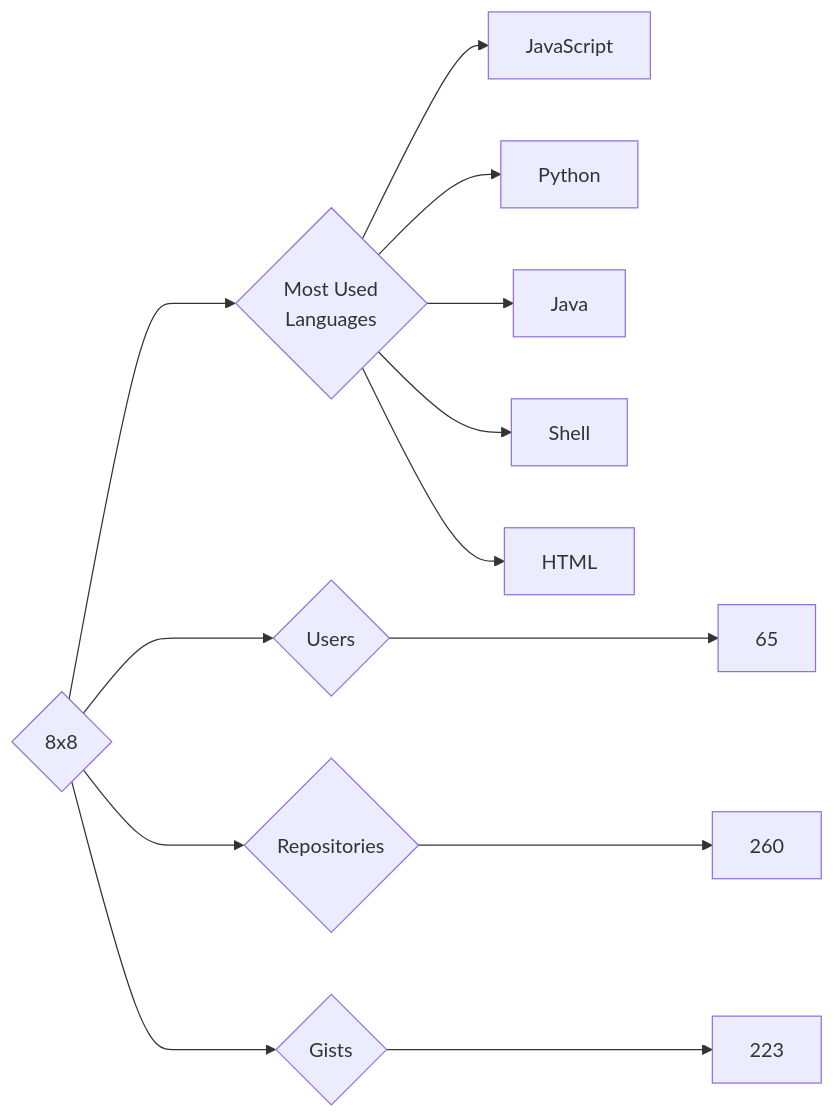
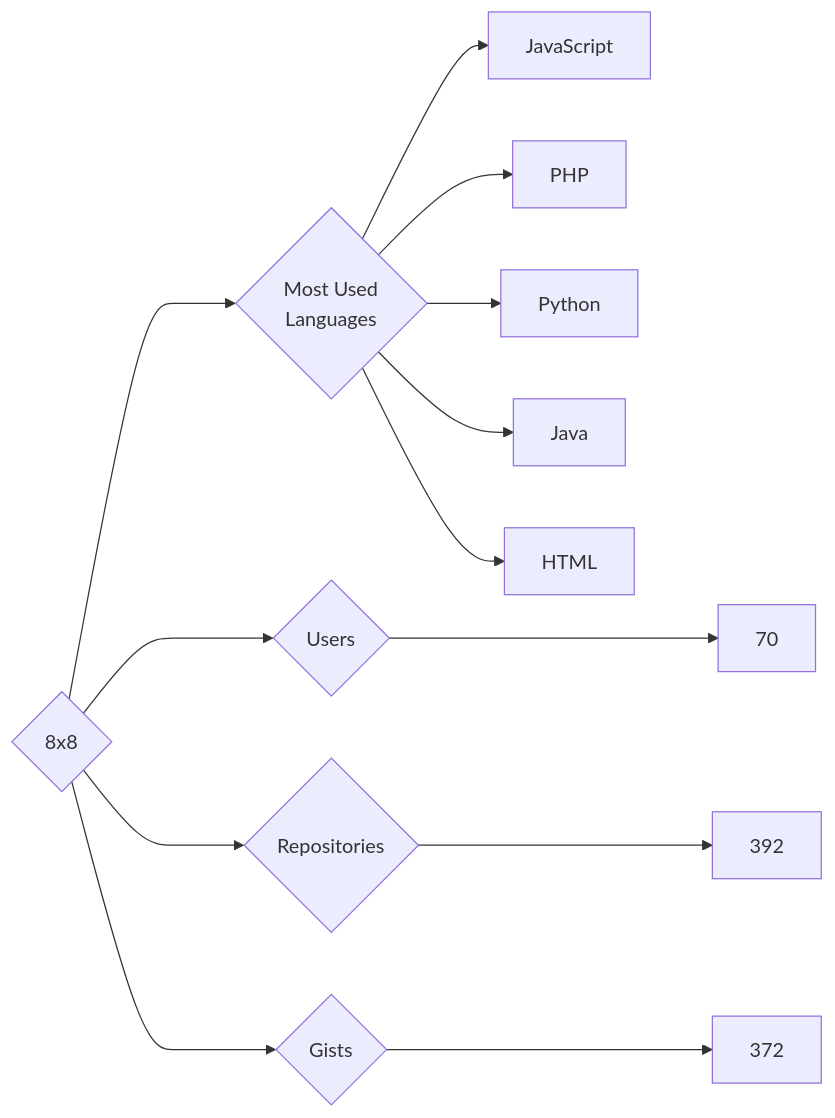
The diagram in targets/8x8/README.md (trickest/insiders), drawn with Mermaid before and after one commit. The commit also changed 899 other files, not shown here.

````diff
--- a/targets/8x8/README.md
+++ b/targets/8x8/README.md
@@ -3,13 +3,13 @@
 ```mermaid
 graph LR
 COMPANY_NAME{8x8}
-COMPANY_NAME ---> U{Users} ---> UN[65]
-COMPANY_NAME ---> R{Repositories} ---> RN[260]
-COMPANY_NAME ---> G{Gists} ---> GN[223]
+COMPANY_NAME ---> U{Users} ---> UN[70]
+COMPANY_NAME ---> R{Repositories} ---> RN[392]
+COMPANY_NAME ---> G{Gists} ---> GN[372]
 COMPANY_NAME ---> ML{Most Used<br>Languages}
 ML --> JavaScript[JavaScript]
+ML --> PHP[PHP]
 ML --> Python[Python]
 ML --> Java[Java]
-ML --> Shell[Shell]
 ML --> HTML[HTML]
 ```
````
